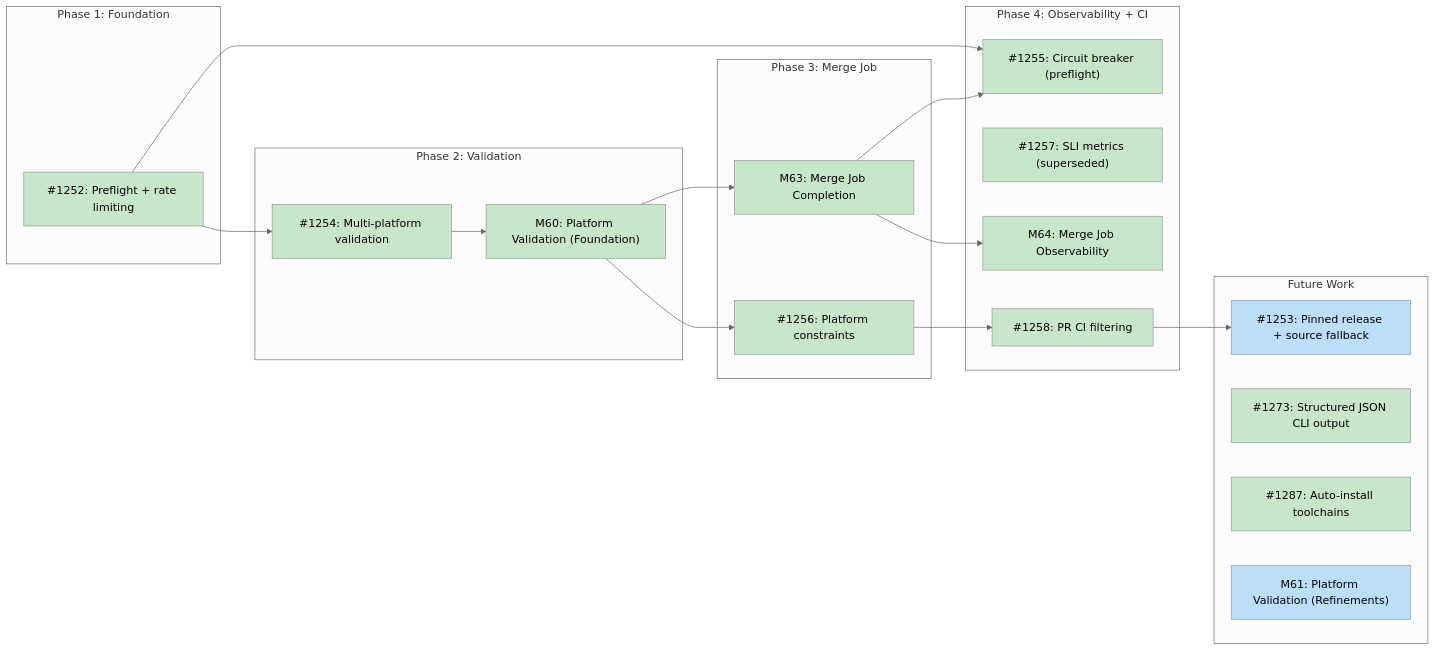
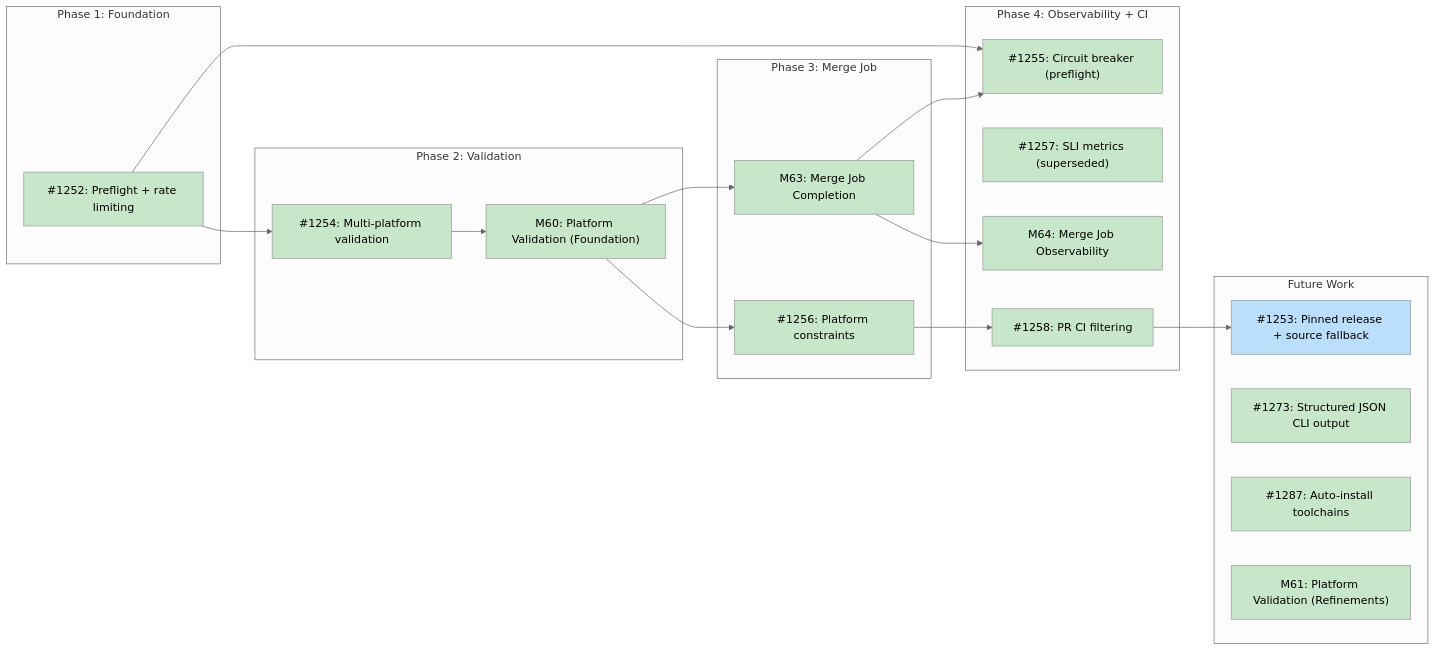
One commit to tsukumogami/tsuku changed the diagram in docs/designs/DESIGN-batch-recipe-generation.md. Above: the diagram before and after it, drawn with Mermaid (neutral theme).

Commit message:
docs: mark M61 as done in batch-recipe-generation diagram (#1607)
Update the dependency diagram in DESIGN-batch-recipe-generation.md to
mark milestone M61 (Platform Validation Refinements) as done.

````diff
--- a/docs/designs/DESIGN-batch-recipe-generation.md
+++ b/docs/designs/DESIGN-batch-recipe-generation.md
@@ -34,55 +34,55 @@
 ```mermaid
 graph LR
     subgraph Phase1["Phase 1: Foundation"]
         I1252["#1252: Preflight + rate limiting"]
     end
 
     subgraph Phase2["Phase 2: Validation"]
         I1254["#1254: Multi-platform validation"]
         M60["M60: Platform Validation (Foundation)"]
     end
 
     subgraph Phase3["Phase 3: Merge Job"]
         I1256["#1256: Platform constraints"]
         M63["M63: Merge Job Completion"]
     end
 
     subgraph Phase4["Phase 4: Observability + CI"]
         I1255["#1255: Circuit breaker (preflight)"]
         I1257["#1257: SLI metrics (superseded)"]
         M64["M64: Merge Job Observability"]
         I1258["#1258: PR CI filtering"]
     end
 
     subgraph Future["Future Work"]
         I1253["#1253: Pinned release + source fallback"]
         I1273["#1273: Structured JSON CLI output"]
         I1287["#1287: Auto-install toolchains"]
         M61["M61: Platform Validation (Refinements)"]
     end
 
     I1252 --> I1254
     I1254 --> M60
     M60 --> I1256
     M60 --> M63
     I1256 --> I1258
     I1258 --> I1253
     M63 --> I1255
     I1252 --> I1255
     M63 --> M64
 
     classDef done fill:#c8e6c9
     classDef ready fill:#bbdefb
     classDef blocked fill:#fff9c4
     classDef needsDesign fill:#e1bee7
 
     class I1254,I1273,I1257,I1287 done
     class M60,I1256 done
     class M63 done
     class I1252 done
     class I1255 done
     class I1258 done
-    class M61 ready
+    class M61 done
     class I1253 ready
     class M64 done
 ```
````
